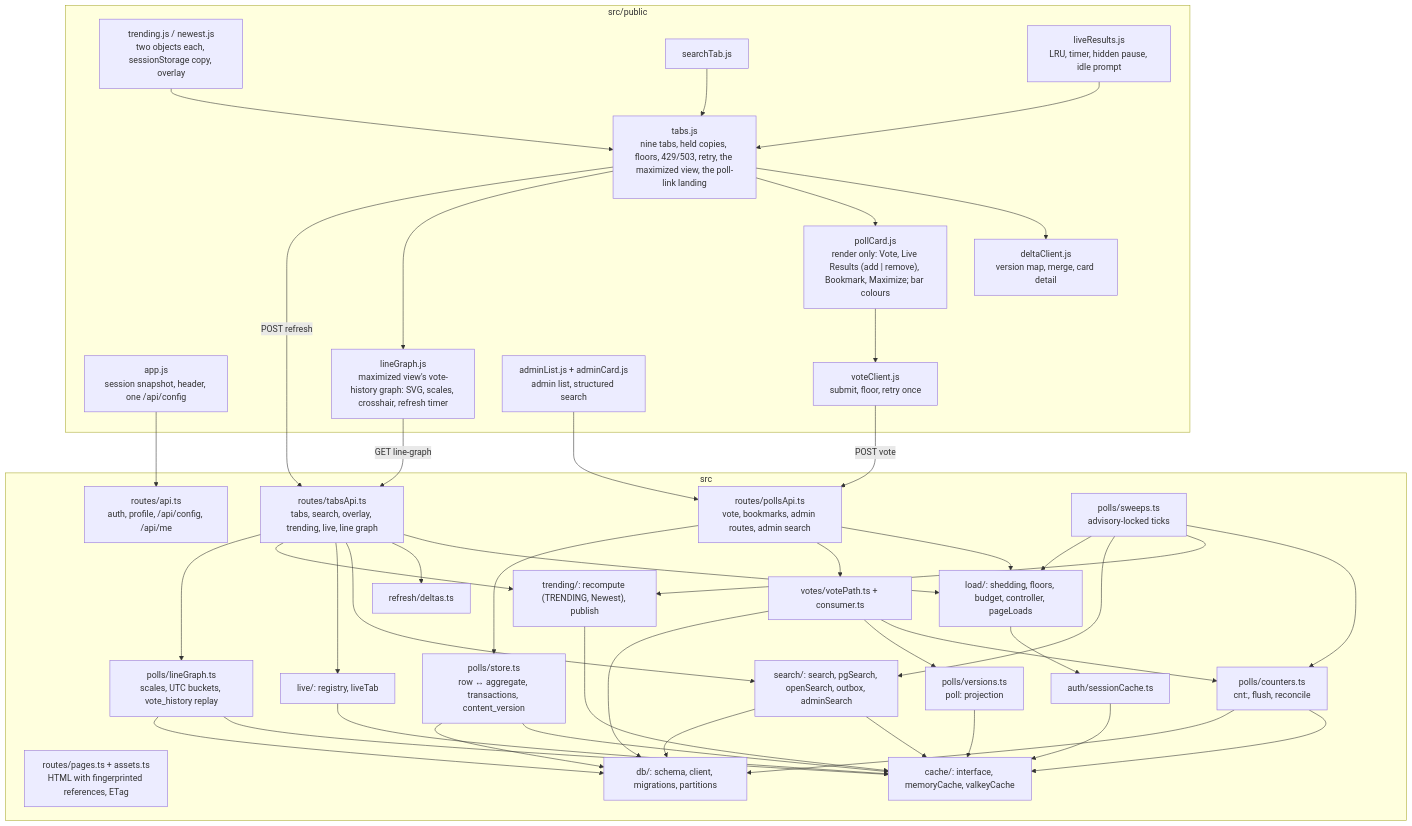
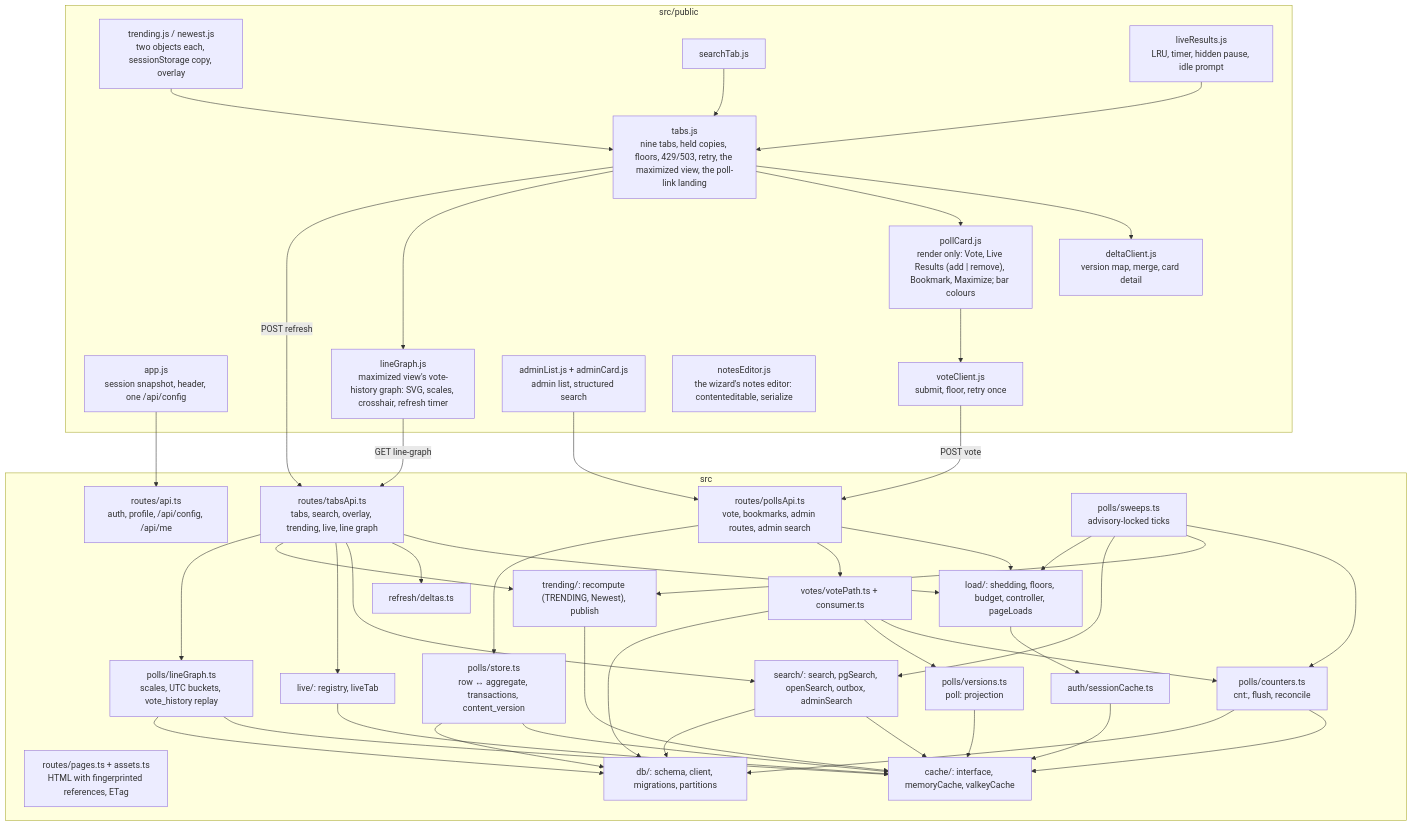
One commit to roadraceresults/crowdpoll changed the third of 17 diagrams in ARCHITECTURE.md. Above: the diagram before and after it, drawn with Mermaid. The commit also changed other lines of this file and 89 other files, not shown here.

````diff
--- a/ARCHITECTURE.md
+++ b/ARCHITECTURE.md
@@ -83,52 +83,53 @@
 ```mermaid
 flowchart TB
   subgraph Client["src/public"]
     App["app.js<br/>session snapshot, header, one /api/config"]
     Tabs["tabs.js<br/>nine tabs, held copies, floors, 429/503, retry, the maximized view, the poll-link landing"]
     Trending["trending.js / newest.js<br/>two objects each, sessionStorage copy, overlay"]
     SearchTab["searchTab.js"]
     Live["liveResults.js<br/>LRU, timer, hidden pause, idle prompt"]
     Delta["deltaClient.js<br/>version map, merge, card detail"]
     Vote["voteClient.js<br/>submit, floor, retry once"]
     Card["pollCard.js<br/>render only: Vote, Live Results (add | remove), Bookmark, Maximize; bar colours"]
     Graph["lineGraph.js<br/>maximized view's vote-history graph: SVG, scales, crosshair, refresh timer"]
     Admin["adminList.js + adminCard.js<br/>admin list, structured search"]
+    Notes["notesEditor.js<br/>the wizard's notes editor: contenteditable, serialize"]
   end
 
   subgraph Server["src"]
     Pipeline["load/: shedding, floors, budget, controller, pageLoads"]
     TabsApi["routes/tabsApi.ts<br/>tabs, search, overlay, trending, live, line graph"]
     LineGraph["polls/lineGraph.ts<br/>scales, UTC buckets, vote_history replay"]
     PollsApi["routes/pollsApi.ts<br/>vote, bookmarks, admin routes, admin search"]
     Api["routes/api.ts<br/>auth, profile, /api/config, /api/me"]
     Pages["routes/pages.ts + assets.ts<br/>HTML with fingerprinted references, ETag"]
     Sessions["auth/sessionCache.ts"]
     Store["polls/store.ts<br/>row ↔ aggregate, transactions, content_version"]
     Counters["polls/counters.ts<br/>cnt:<pid>, flush, reconcile"]
     Versions["polls/versions.ts<br/>poll:<pid> projection"]
     Deltas["refresh/deltas.ts"]
     VotePath["votes/votePath.ts + consumer.ts"]
     Search["search/: search, pgSearch, openSearch, outbox, adminSearch"]
     TrendingS["trending/: recompute (TRENDING, Newest), publish"]
     LiveS["live/: registry, liveTab"]
     Sweeps["polls/sweeps.ts<br/>advisory-locked ticks"]
     Cache["cache/: interface, memoryCache, valkeyCache"]
     Db["db/: schema, client, migrations, partitions"]
   end
 
   Tabs --> Delta & Card & Graph
   Graph -- "GET line-graph" --> TabsApi
   Trending & SearchTab & Live --> Tabs
   Card --> Vote
   Tabs -- "POST refresh" --> TabsApi
   Vote -- "POST vote" --> PollsApi
   Admin --> PollsApi
   App --> Api
   TabsApi & PollsApi --> Pipeline --> Sessions
   TabsApi --> Deltas & Search & LiveS & TrendingS & LineGraph
   PollsApi --> VotePath & Store
   VotePath --> Counters & Versions
   Sweeps --> Counters & TrendingS & Search & Pipeline
   Store & Counters & Versions & Search & LiveS & TrendingS & Sessions & LineGraph --> Cache
   Store & Counters & Search & VotePath & LineGraph --> Db
 ```
````
